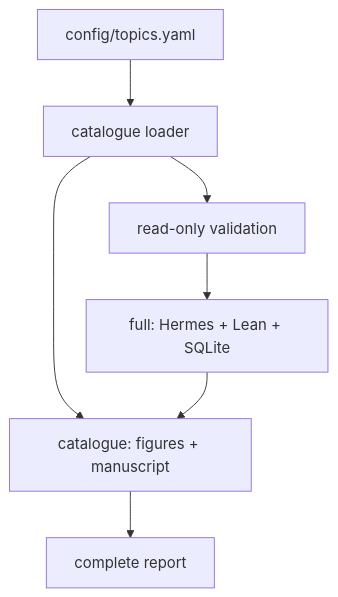
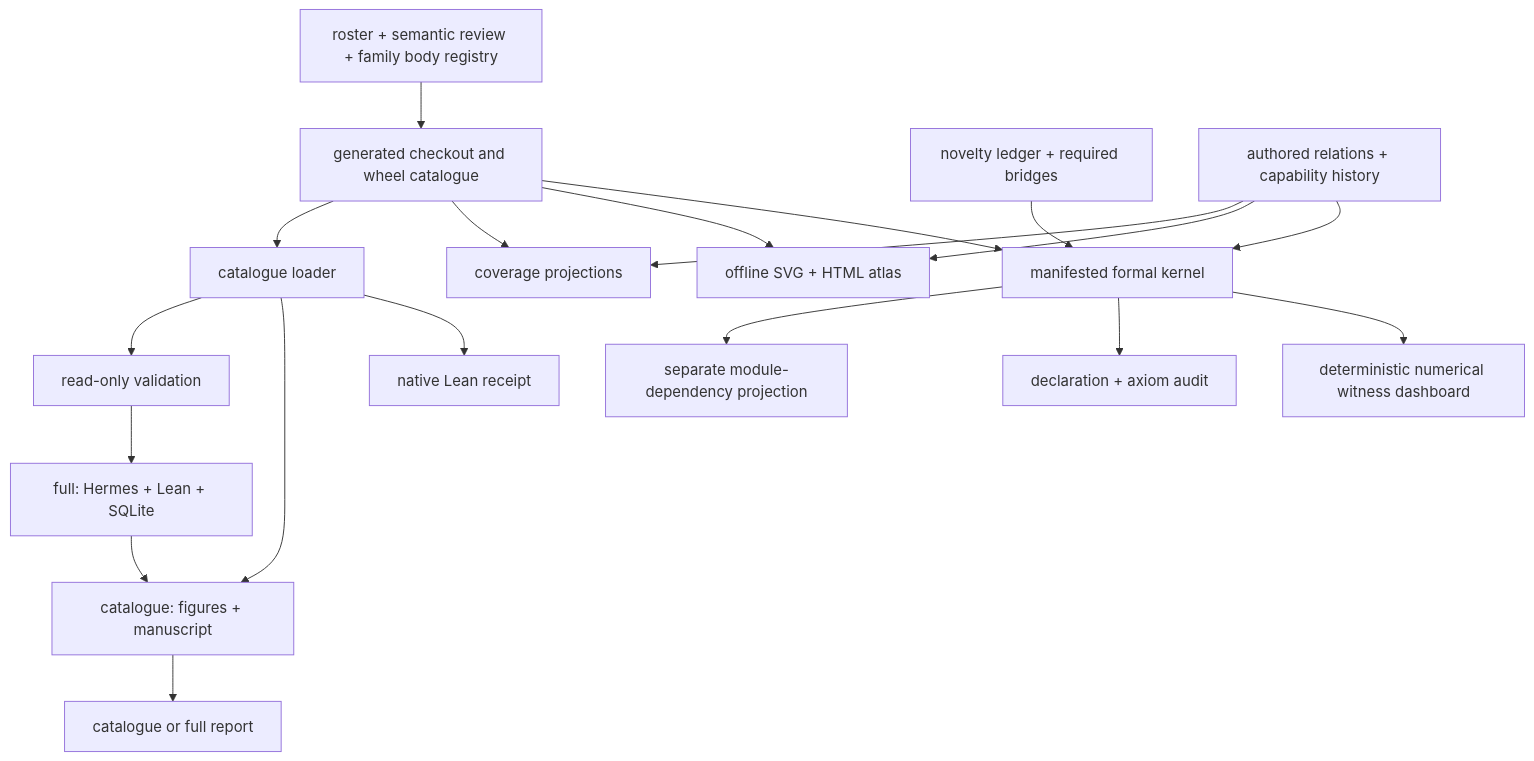
Before and after one commit to ActiveInferenceInstitute/fep_lean: the diagram in docs/architecture.md, drawn with Mermaid. The commit also changed other lines of this file and 425 other files, not shown here.

Commit message:
feat: expand the formalism catalogue to 155 topics

````diff
--- a/docs/architecture.md
+++ b/docs/architecture.md
@@ -3,9 +3,21 @@
 ```mermaid
 flowchart TD
-  C[config/topics.yaml] --> L[catalogue loader]
+  M[roster + semantic review + family body registry] --> C[generated checkout and wheel catalogue]
+  J[novelty ledger + required bridges] --> X
+  E[authored relations + capability history] --> P[coverage projections]
+  E --> T[offline SVG + HTML atlas]
+  C --> L[catalogue loader]
   L --> V[read-only validation]
   V --> G[full: Hermes + Lean + SQLite]
   L --> A[catalogue: figures + manuscript]
+  L --> N[native Lean receipt]
   G --> A
-  A --> R[complete report]
+  A --> R[catalogue or full report]
+  C --> P
+  C --> T
+  C --> X[manifested formal kernel]
+  E --> X
+  X --> D[separate module-dependency projection]
+  X --> Q[declaration + axiom audit]
+  X --> W[deterministic numerical witness dashboard]
 ```
````
